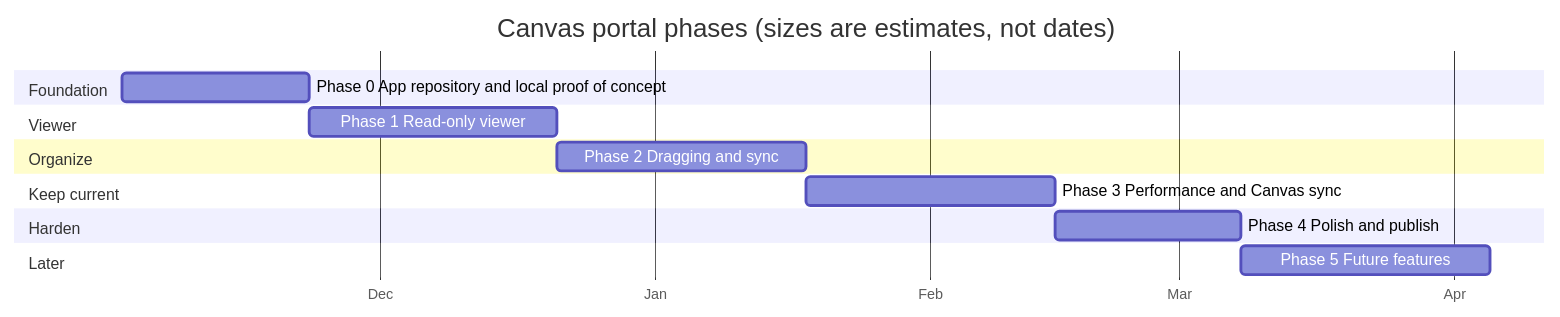
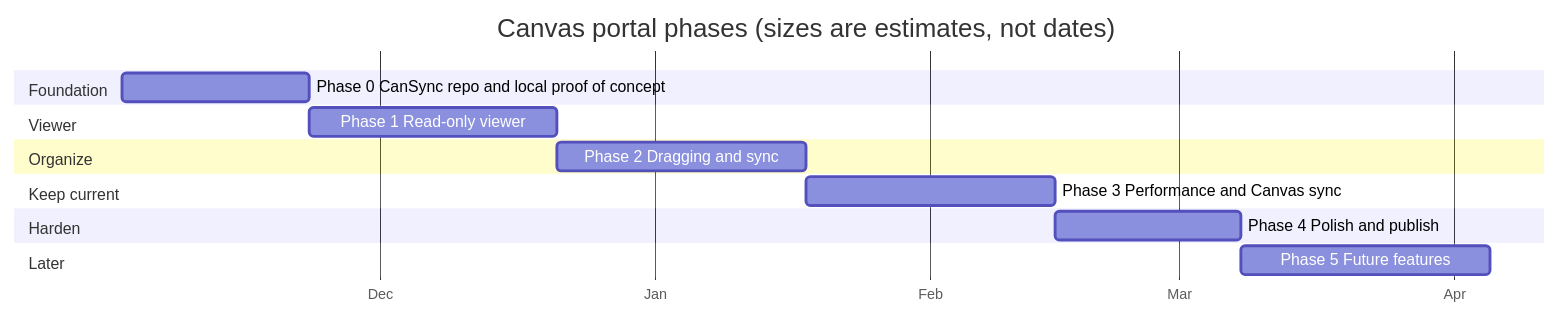
One commit to bbranton/TestProj changed the diagram in docs/canvas-portal/01-roadmap.md. Above: the diagram before and after it, drawn with Mermaid. The commit also changed other lines of this file and 7 other files, not shown here.

First line of the commit message:
Docs: name the TestProj repo and the CanSync repo (#174)

````diff
--- a/docs/canvas-portal/01-roadmap.md
+++ b/docs/canvas-portal/01-roadmap.md
@@ -21,18 +21,18 @@
 ```mermaid
 gantt
     title Canvas portal phases (sizes are estimates, not dates)
     dateFormat  YYYY-MM-DD
     axisFormat  %b
     section Foundation
-    Phase 0 App repository and local proof of concept :p0, 2026-11-02, 21d
+    Phase 0 CanSync repo and local proof of concept :p0, 2026-11-02, 21d
     section Viewer
     Phase 1 Read-only viewer         :p1, after p0, 28d
     section Organize
     Phase 2 Dragging and sync        :p2, after p1, 28d
     section Keep current
     Phase 3 Performance and Canvas sync :p3, after p2, 28d
     section Harden
     Phase 4 Polish and publish       :p4, after p3, 21d
     section Later
     Phase 5 Future features          :p5, after p4, 28d
 ```
````
